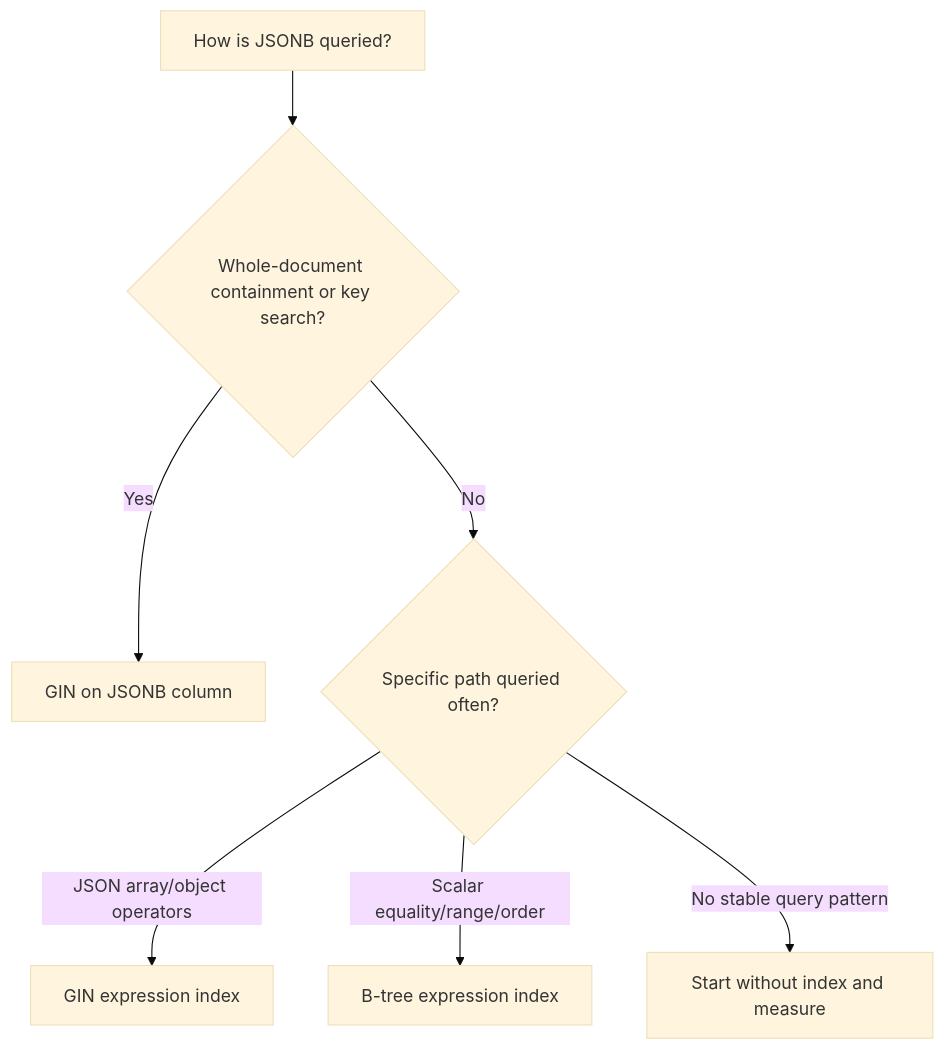
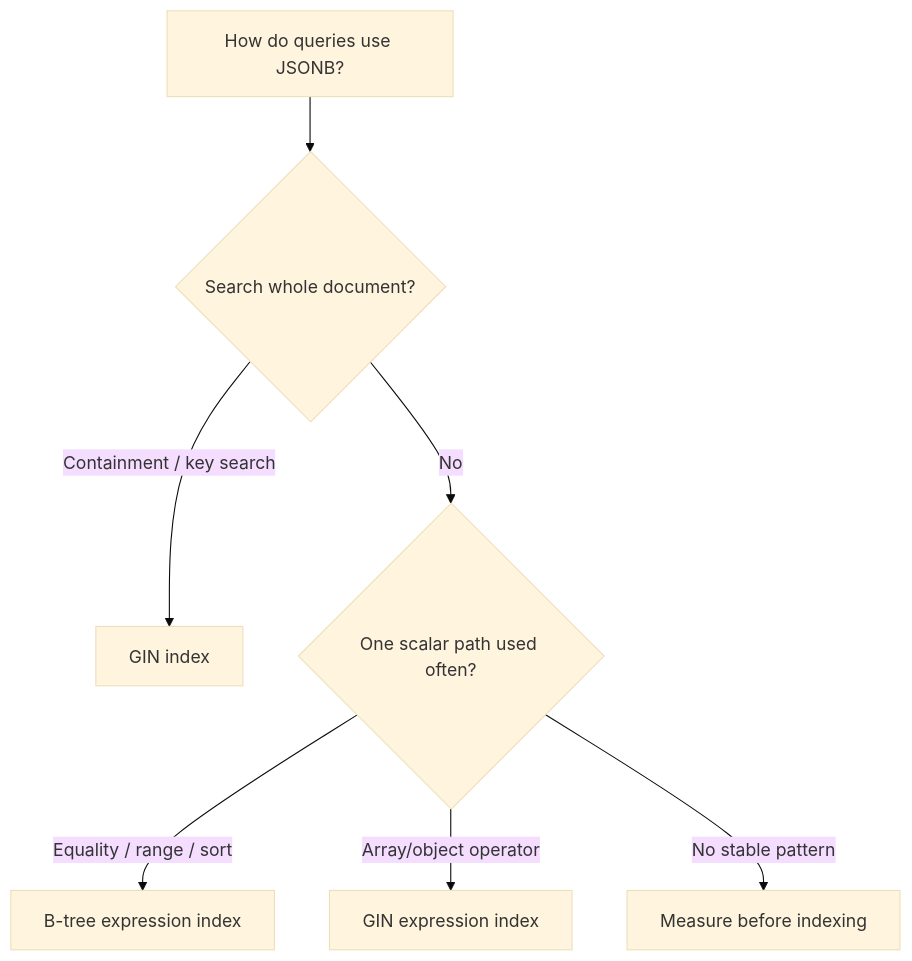
One commit to AvadhBhalodiya/Interview-Preparation changed the second of 3 diagrams in src/content/databases/postgresql-jsonb-partial-index-vacuum.md. Above: the diagram before and after it, drawn with Mermaid (base theme). The commit also changed other lines of this file and 80 other files, not shown here.

````diff
--- a/src/content/databases/postgresql-jsonb-partial-index-vacuum.md
+++ b/src/content/databases/postgresql-jsonb-partial-index-vacuum.md
@@ -515,9 +229,9 @@
 ```mermaid
 flowchart TD
-    A[How is JSONB queried?] --> B{Whole-document containment or key search?}
-    B -->|Yes| C[GIN on JSONB column]
-    B -->|No| D{Specific path queried often?}
-    D -->|JSON array/object operators| E[GIN expression index]
-    D -->|Scalar equality/range/order| F[B-tree expression index]
-    D -->|No stable query pattern| G[Start without index and measure]
+    A[How do queries use JSONB?] --> B{Search whole document?}
+    B -->|Containment / key search| C[GIN index]
+    B -->|No| D{One scalar path used often?}
+    D -->|Equality / range / sort| E[B-tree expression index]
+    D -->|Array/object operator| F[GIN expression index]
+    D -->|No stable pattern| G[Measure before indexing]
 ```
````
